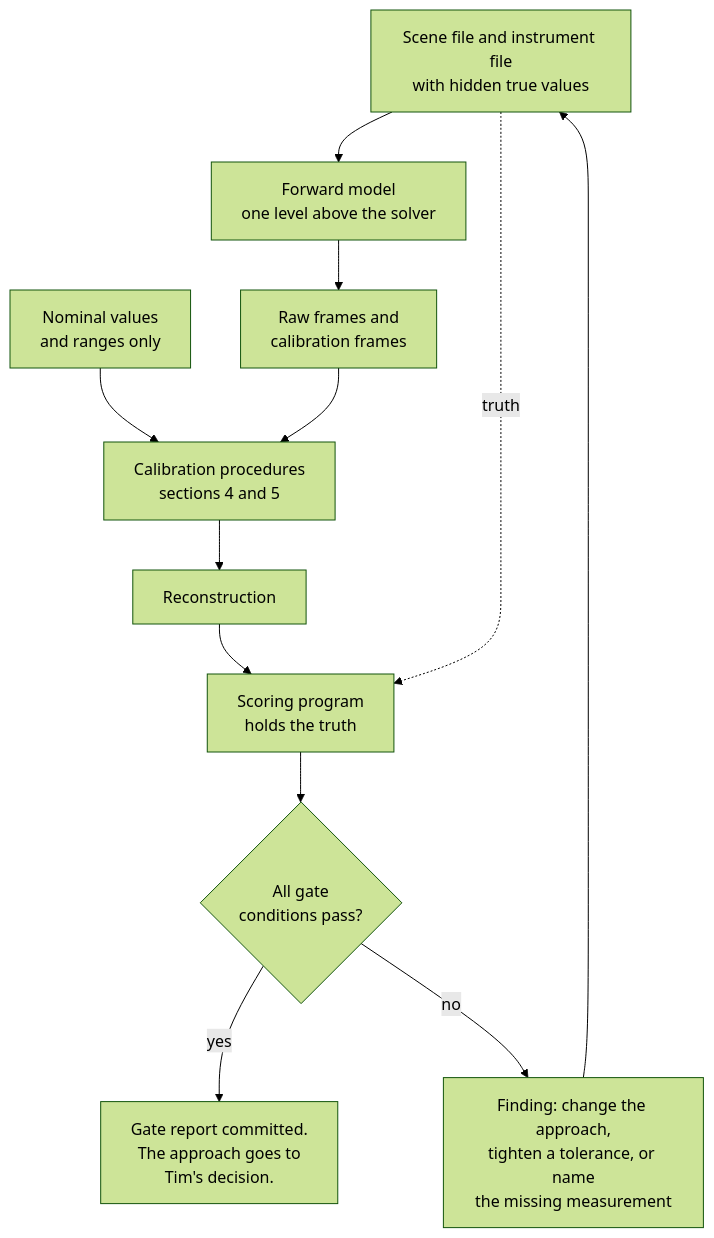
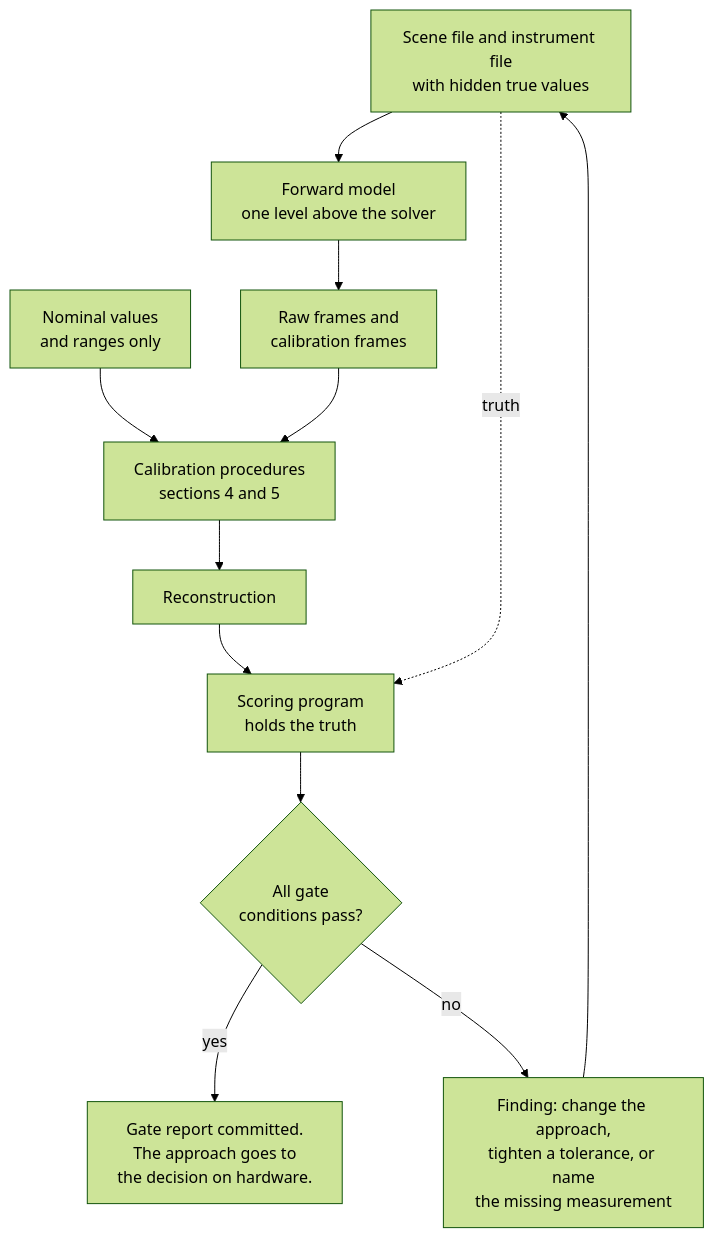
One commit to mithro/ccd-superres changed the third of 4 diagrams in docs/calibration-and-test.md. Above: the diagram before and after it, drawn with Mermaid (forest theme). The commit also changed other lines of this file and 20 other files, not shown here.

````diff
--- a/docs/calibration-and-test.md
+++ b/docs/calibration-and-test.md
@@ -1052,14 +1052,14 @@
 ```mermaid
 flowchart TD
     A["Scene file and instrument file<br/>with hidden true values"] --> B["Forward model<br/>one level above the solver"]
     B --> C["Raw frames and<br/>calibration frames"]
     N["Nominal values<br/>and ranges only"] --> D
     C --> D["Calibration procedures<br/>sections 4 and 5"]
     D --> E["Reconstruction"]
     E --> F["Scoring program<br/>holds the truth"]
     A -. "truth" .-> F
     F --> G{"All gate<br/>conditions pass?"}
-    G -- "yes" --> H["Gate report committed.<br/>The approach goes to<br/>Tim's decision."]
+    G -- "yes" --> H["Gate report committed.<br/>The approach goes to<br/>the decision on hardware."]
     G -- "no" --> I["Finding: change the approach,<br/>tighten a tolerance, or name<br/>the missing measurement"]
     I --> A
 ```
````
